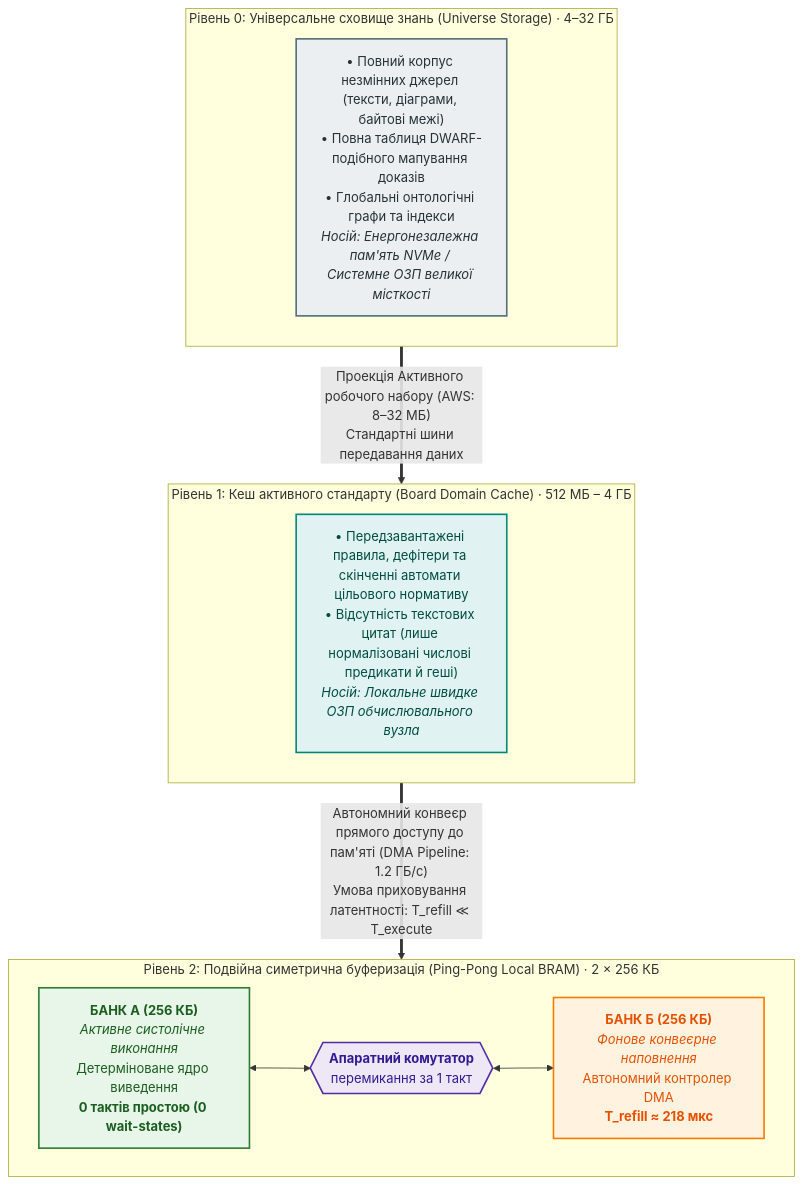
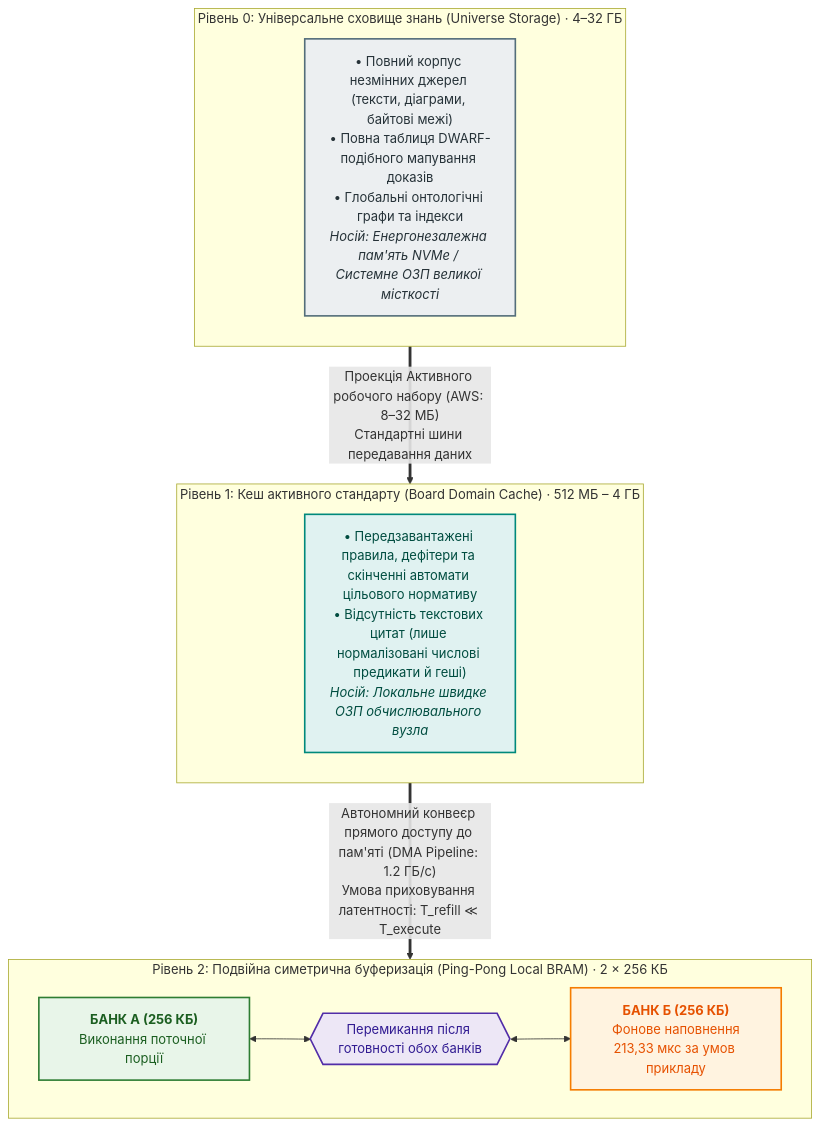
One commit to nick-fedchik/articles changed the third of 6 diagrams in ExpertSystem/ch40-distributed-epistemic-architectures-soa-and-cluster-scaling.md. Above: the diagram before and after it, drawn with Mermaid. The commit also changed other lines of this file and 7 other files, not shown here.

````diff
--- a/ExpertSystem/ch40-distributed-epistemic-architectures-soa-and-cluster-scaling.md
+++ b/ExpertSystem/ch40-distributed-epistemic-architectures-soa-and-cluster-scaling.md
@@ -213,40 +244,40 @@
 ```mermaid
 flowchart TD
     accTitle: Теоретична ієрархія пам'яті та подвійна буферизація детермінованих систем
     accDescr: Багаторівнева модель доступу до даних від універсального сховища (Universe Storage) до апаратного банку BRAM з приховуванням латентності.
 
     subgraph L0["Рівень 0: Універсальне сховище знань (Universe Storage) · 4–32 ГБ"]
         direction TB
         L0_DATA["• Повний корпус незмінних джерел (тексти, діаграми, байтові межі)<br>• Повна таблиця DWARF-подібного мапування доказів<br>• Глобальні онтологічні графи та індекси<br><i>Носій: Енергонезалежна пам'ять NVMe / Системне ОЗП великої місткості</i>"]
     end
 
     subgraph L1["Рівень 1: Кеш активного стандарту (Board Domain Cache) · 512 МБ – 4 ГБ"]
         direction TB
         L1_DATA["• Передзавантажені правила, дефітери та скінченні автомати цільового нормативу<br>• Відсутність текстових цитат (лише нормалізовані числові предикати й геші)<br><i>Носій: Локальне швидке ОЗП обчислювального вузла</i>"]
     end
 
     subgraph L2["Рівень 2: Подвійна симетрична буферизація (Ping-Pong Local BRAM) · 2 × 256 КБ"]
         direction LR
-        BANK_A["<b>БАНК А (256 КБ)</b><br><i>Активне систолічне виконання</i><br>Детерміноване ядро виведення<br><b>0 тактів простою (0 wait-states)</b>"]
-        SWITCH{{"<b>Апаратний комутатор</b><br>перемикання за 1 такт"}}
-        BANK_B["<b>БАНК Б (256 КБ)</b><br><i>Фонове конвеєрне наповнення</i><br>Автономний контролер DMA<br><b>T_refill ≈ 218 мкс</b>"]
+      BANK_A["<b>БАНК А (256 КБ)</b><br>Виконання поточної порції"]
+      SWITCH{{"Перемикання після готовності обох банків"}}
+      BANK_B["<b>БАНК Б (256 КБ)</b><br>Фонове наповнення<br>213,33 мкс за умов прикладу"]
     end
 
     L0 ==>|"Проекція Активного робочого набору (AWS: 8–32 МБ)<br>Стандартні шини передавання даних"| L1
     L1 ==>|"Автономний конвеєр прямого доступу до пам'яті (DMA Pipeline: 1.2 ГБ/с)<br>Умова приховування латентності: T_refill ≪ T_execute"| L2
 
     BANK_A <--> SWITCH
     SWITCH <--> BANK_B
 
     classDef l0 fill:#eceff1,stroke:#546e7a,stroke-width:2px,color:#263238;
     classDef l1 fill:#e0f2f1,stroke:#00897b,stroke-width:2px,color:#004d40;
     classDef active fill:#e8f5e9,stroke:#2e7d32,stroke-width:2px,color:#1b5e20;
     classDef bg fill:#fff3e0,stroke:#f57c00,stroke-width:2px,color:#e65100;
     classDef sw fill:#ede7f6,stroke:#512da8,stroke-width:2px,color:#311b92;
 
     class L0_DATA l0;
     class L1_DATA l1;
     class BANK_A active;
     class BANK_B bg;
     class SWITCH sw;
 ```
````
